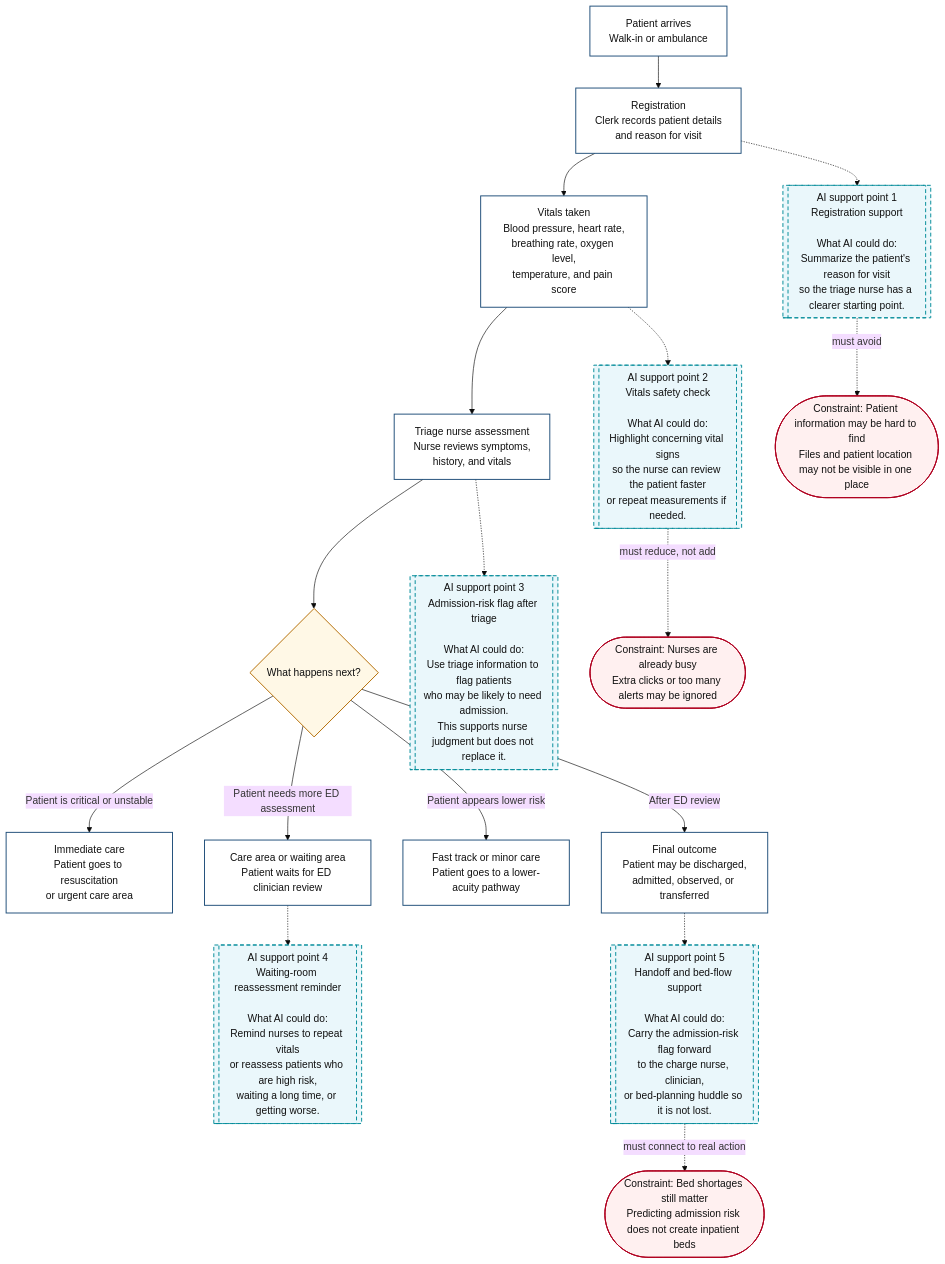
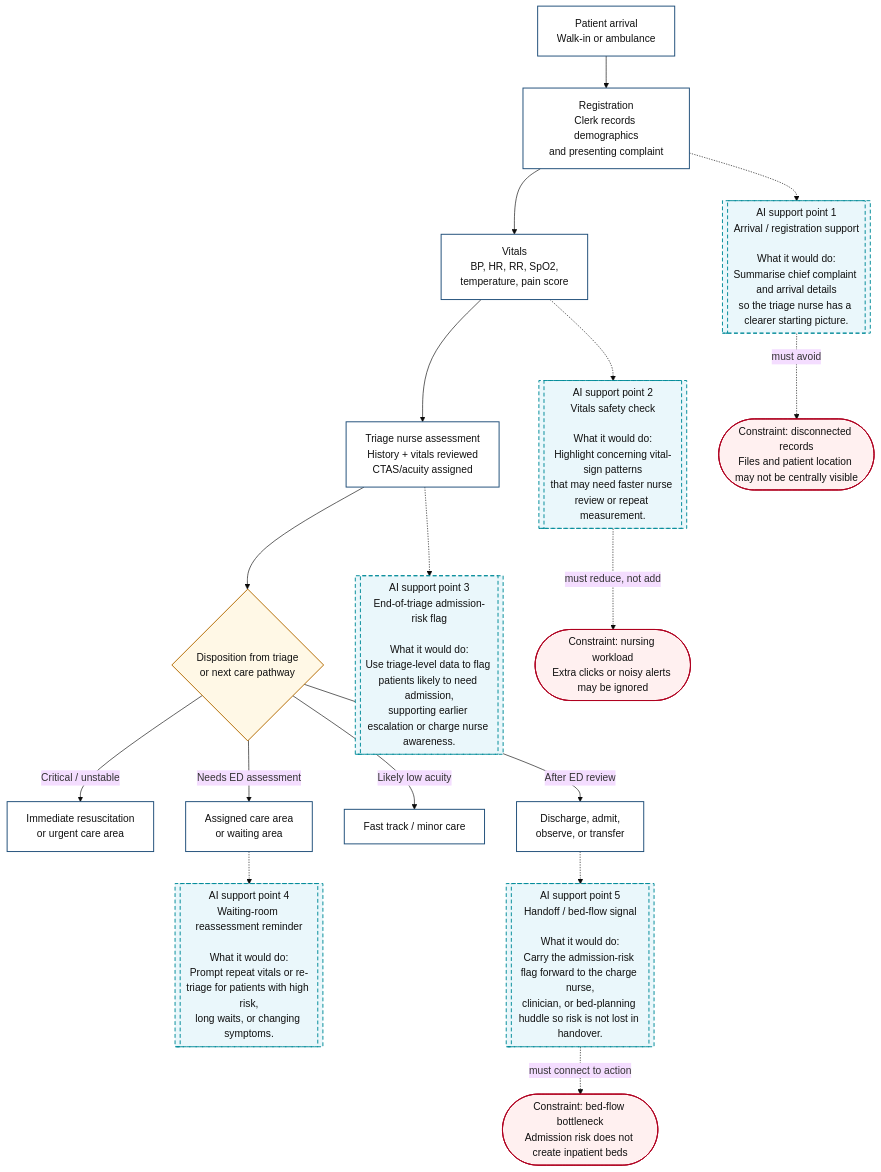
One commit to tinadams/carisurg-portfolio changed the diagram in docs/week_0_workflow.md. Above: the diagram before and after it, drawn with Mermaid (base theme). The commit also changed other lines of this file, not shown here.

Commit message:
Update ED triage workflow with AI support points

````diff
--- a/docs/week_0_workflow.md
+++ b/docs/week_0_workflow.md
@@ -1,55 +1,50 @@
 ```mermaid
 flowchart TD
 
-A[Patient arrives<br/>Walk-in or ambulance] --> B[Registration<br/>Clerk records patient details<br/>and reason for visit]
+A[Patient arrival<br/>Walk-in or ambulance] --> B[Registration<br/>Clerk records demographics<br/>and presenting complaint]
 
-B --> C[Vitals taken<br/>Blood pressure, heart rate,<br/>breathing rate, oxygen level,<br/>temperature, and pain score]
+B --> C[Vitals<br/>BP, HR, RR, SpO2,<br/>temperature, pain score]
 
-C --> D[Triage nurse assessment<br/>Nurse reviews symptoms,<br/>history, and vitals]
+C --> D[Triage nurse assessment<br/>History + vitals reviewed<br/>CTAS/acuity assigned]
 
-D --> E{What happens next?}
+D --> E{Disposition from triage<br/>or next care pathway}
 
-E -->|Patient is critical or unstable| F[Immediate care<br/>Patient goes to resuscitation<br/>or urgent care area]
+E -->|Critical / unstable| F[Immediate resuscitation<br/>or urgent care area]
+E -->|Needs ED assessment| G[Assigned care area<br/>or waiting area]
+E -->|Likely low acuity| H[Fast track / minor care]
+E -->|After ED review| I[Discharge, admit,<br/>observe, or transfer]
 
-E -->|Patient needs more ED assessment| G[Care area or waiting area<br/>Patient waits for ED clinician review]
+AI1[[AI support point 1<br/>Arrival / registration support<br/><br/>What it would do:<br/>Summarise chief complaint and arrival details<br/>so the triage nurse has a clearer starting picture.]]
 
-E -->|Patient appears lower risk| H[Fast track or minor care<br/>Patient goes to a lower-acuity pathway]
+AI2[[AI support point 2<br/>Vitals safety check<br/><br/>What it would do:<br/>Highlight concerning vital-sign patterns<br/>that may need faster nurse review or repeat measurement.]]
 
-E -->|After ED review| I[Final outcome<br/>Patient may be discharged,<br/>admitted, observed, or transferred]
+AI3[[AI support point 3<br/>End-of-triage admission-risk flag<br/><br/>What it would do:<br/>Use triage-level data to flag patients likely to need admission,<br/>supporting earlier escalation or charge nurse awareness.]]
 
-AI1[[AI support point 1<br/>Registration support<br/><br/>What AI could do:<br/>Summarize the patient's reason for visit<br/>so the triage nurse has a clearer starting point.]]
+AI4[[AI support point 4<br/>Waiting-room reassessment reminder<br/><br/>What it would do:<br/>Prompt repeat vitals or re-triage for patients with high risk,<br/>long waits, or changing symptoms.]]
 
-AI2[[AI support point 2<br/>Vitals safety check<br/><br/>What AI could do:<br/>Highlight concerning vital signs<br/>so the nurse can review the patient faster<br/>or repeat measurements if needed.]]
-
-AI3[[AI support point 3<br/>Admission-risk flag after triage<br/><br/>What AI could do:<br/>Use triage information to flag patients<br/>who may be likely to need admission.<br/>This supports nurse judgment but does not replace it.]]
-
-AI4[[AI support point 4<br/>Waiting-room reassessment reminder<br/><br/>What AI could do:<br/>Remind nurses to repeat vitals<br/>or reassess patients who are high risk,<br/>waiting a long time, or getting worse.]]
-
-AI5[[AI support point 5<br/>Handoff and bed-flow support<br/><br/>What AI could do:<br/>Carry the admission-risk flag forward<br/>to the charge nurse, clinician,<br/>or bed-planning huddle so it is not lost.]]
+AI5[[AI support point 5<br/>Handoff / bed-flow signal<br/><br/>What it would do:<br/>Carry the admission-risk flag forward to the charge nurse,<br/>clinician, or bed-planning huddle so risk is not lost in handover.]]
 
 B -.-> AI1
 C -.-> AI2
 D -.-> AI3
 G -.-> AI4
 I -.-> AI5
 
-C1([Constraint: Patient information may be hard to find<br/>Files and patient location may not be visible in one place])
-
-C2([Constraint: Nurses are already busy<br/>Extra clicks or too many alerts may be ignored])
-
-C3([Constraint: Bed shortages still matter<br/>Predicting admission risk does not create inpatient beds])
+C1([Constraint: disconnected records<br/>Files and patient location may not be centrally visible])
+C2([Constraint: nursing workload<br/>Extra clicks or noisy alerts may be ignored])
+C3([Constraint: bed-flow bottleneck<br/>Admission risk does not create inpatient beds])
 
 AI1 -. must avoid .-> C1
 AI2 -. must reduce, not add .-> C2
-AI5 -. must connect to real action .-> C3
+AI5 -. must connect to action .-> C3
 
 classDef process fill:#ffffff,stroke:#1f4e79,stroke-width:1.5px,color:#111;
 classDef decision fill:#fff8e6,stroke:#b36b00,stroke-width:1.5px,color:#111;
 classDef ai fill:#eaf7fb,stroke:#008c99,stroke-width:1.5px,stroke-dasharray: 6 4,color:#111;
 classDef constraint fill:#fff0f0,stroke:#b00020,stroke-width:1.5px,color:#111;
 
 class A,B,C,D,F,G,H,I process;
 class E decision;
 class AI1,AI2,AI3,AI4,AI5 ai;
 class C1,C2,C3 constraint;
 ```
````
